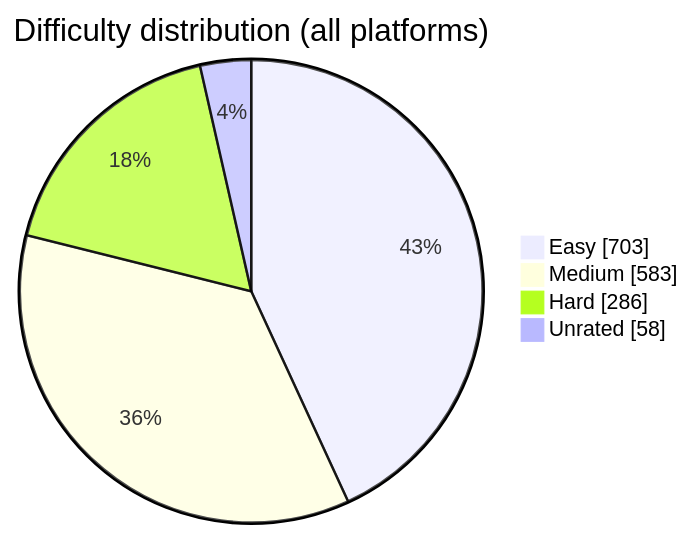
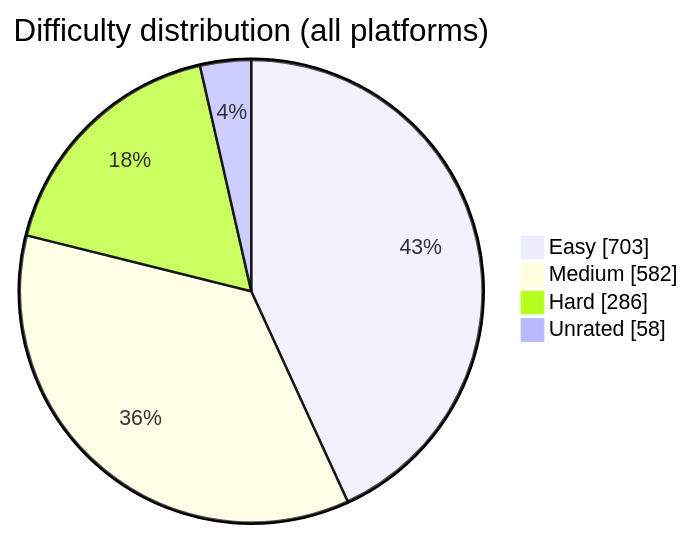
Before and after one commit to BuildbyArindam/Daily-Coding-Log: the diagram in README.md, drawn with Mermaid. The commit also changed other lines of this file, not shown here.

````diff
--- a/README.md
+++ b/README.md
@@ -93,7 +93,7 @@
 ```mermaid
 pie showData title Difficulty distribution (all platforms)
     "Easy" : 703
-    "Medium" : 583
+    "Medium" : 582
     "Hard" : 286
     "Unrated" : 58
 ```
````
